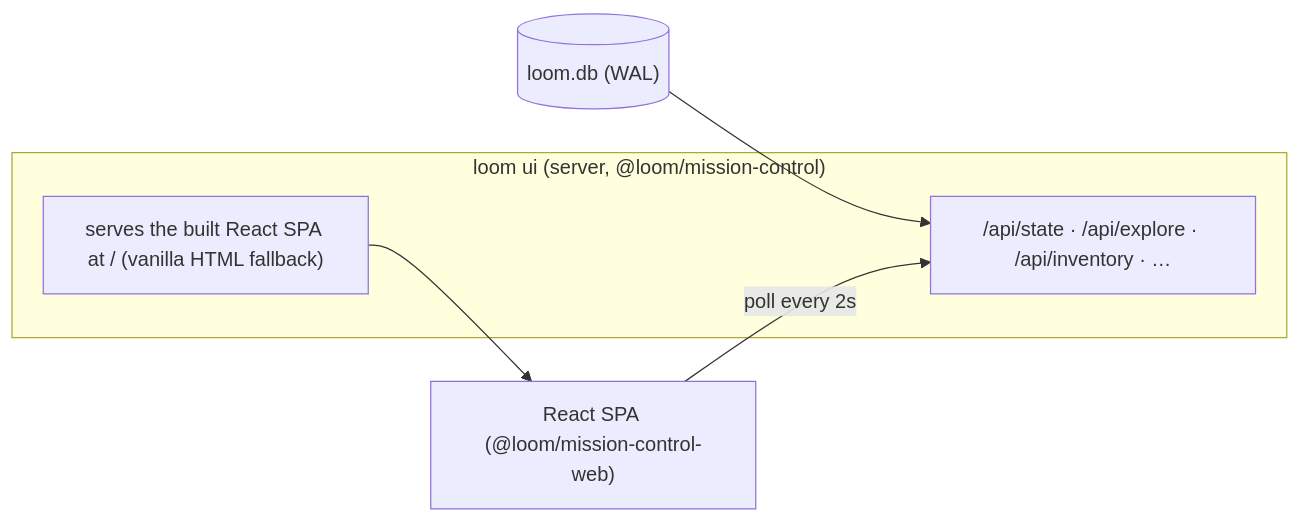
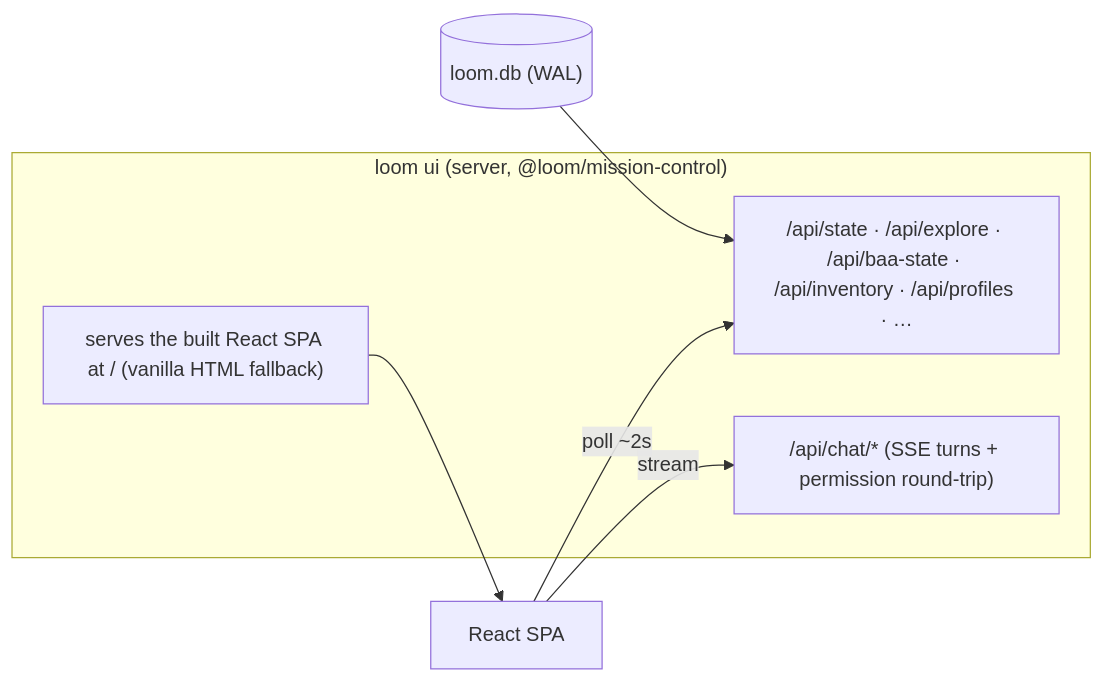
Before and after one commit to ap05-epic/loom-harness: the diagram in docs/cockpit.md, drawn with Mermaid. The commit also changed other lines of this file and 55 other files, not shown here.

First line of the commit message:
feat: two-surface Mission Control — Chat, BAA, Agents, Control Center, themes + halt controls

````diff
--- a/docs/cockpit.md
+++ b/docs/cockpit.md
@@ -14,10 +14,12 @@
 ```mermaid
 flowchart LR
   subgraph srv["loom ui (server, @loom/mission-control)"]
-    api["/api/state · /api/explore · /api/inventory · …"]
+    api["/api/state · /api/explore · /api/baa-state · /api/inventory · /api/profiles · …"]
+    chat["/api/chat/* (SSE turns + permission round-trip)"]
     spa["serves the built React SPA at / (vanilla HTML fallback)"]
   end
   db[("loom.db (WAL)")] --> api
-  browser["React SPA (@loom/mission-control-web)"] -->|"poll every 2s"| api
+  browser["React SPA"] -->|"poll ~2s"| api
+  browser -->|"stream"| chat
   spa --> browser
 ```
````
